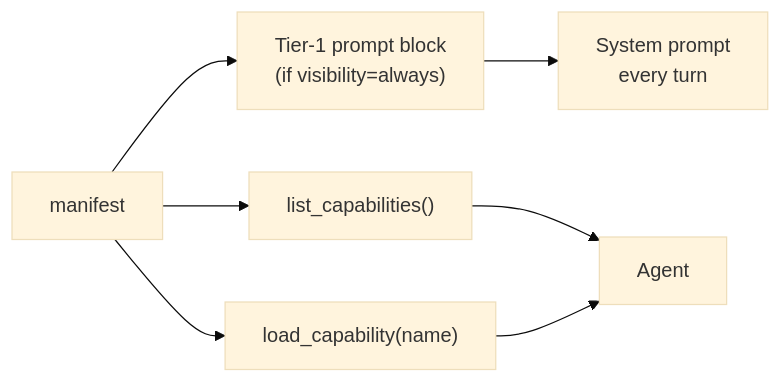
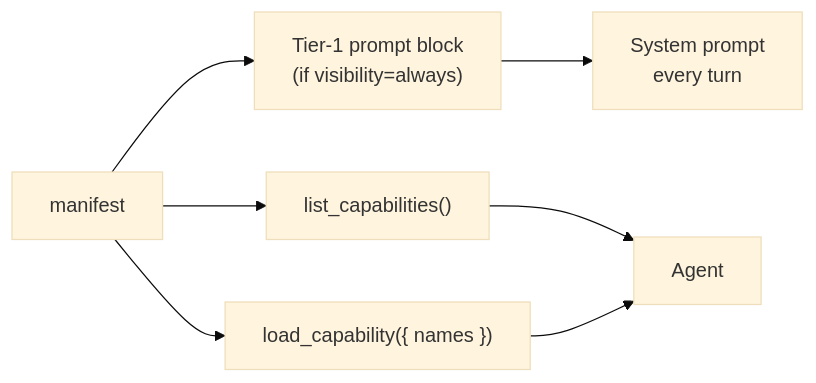
One commit to ixoworld/docs changed the diagram in build-an-oracle/understand/manifest.mdx. Above: the diagram before and after it, drawn with Mermaid (base theme). The commit also changed other lines of this file and 49 other files, not shown here.

````diff
--- a/build-an-oracle/understand/manifest.mdx
+++ b/build-an-oracle/understand/manifest.mdx
@@ -33,9 +33,9 @@
 ```mermaid
 graph LR
     Manifest["manifest"] --> Tier1["Tier-1 prompt block<br/>(if visibility=always)"]
     Manifest --> ListCaps["list_capabilities()"]
-    Manifest --> LoadCap["load_capability(name)"]
+    Manifest --> LoadCap["load_capability({ names })"]
     Tier1 --> System["System prompt<br/>every turn"]
     ListCaps --> Agent["Agent"]
     LoadCap --> Agent
 ```
````
